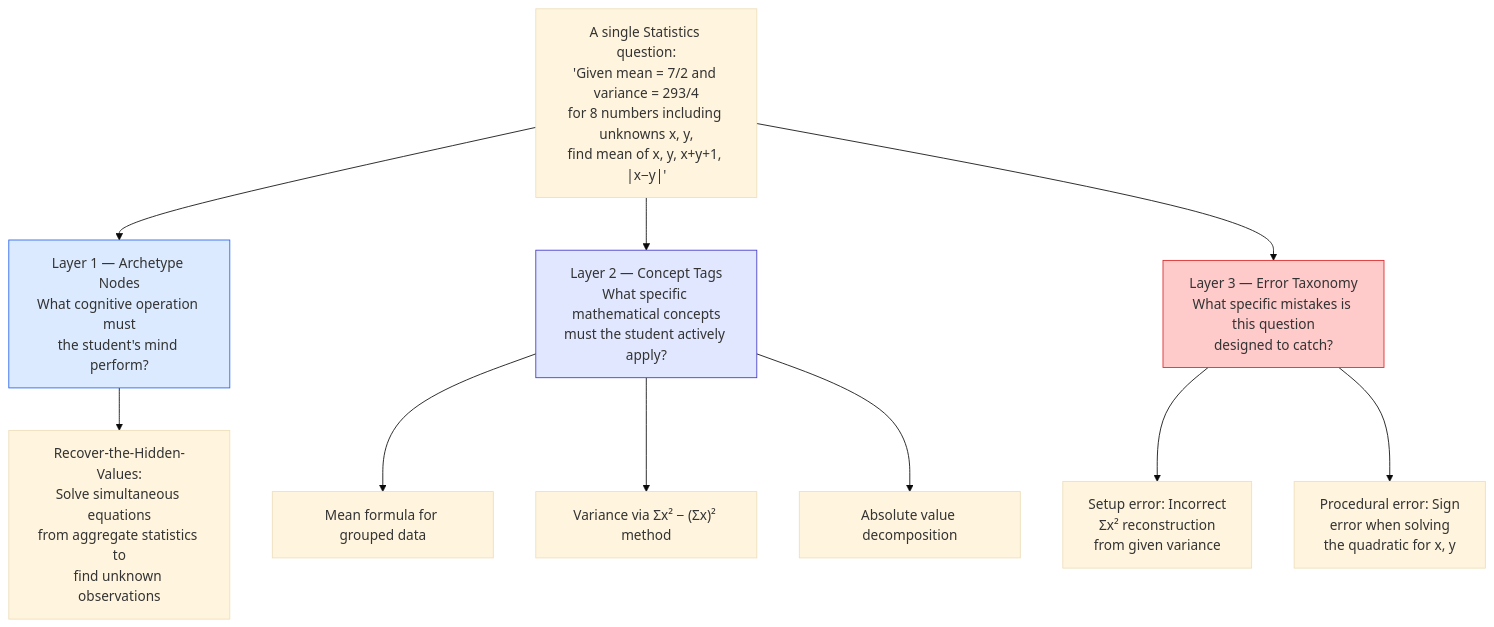
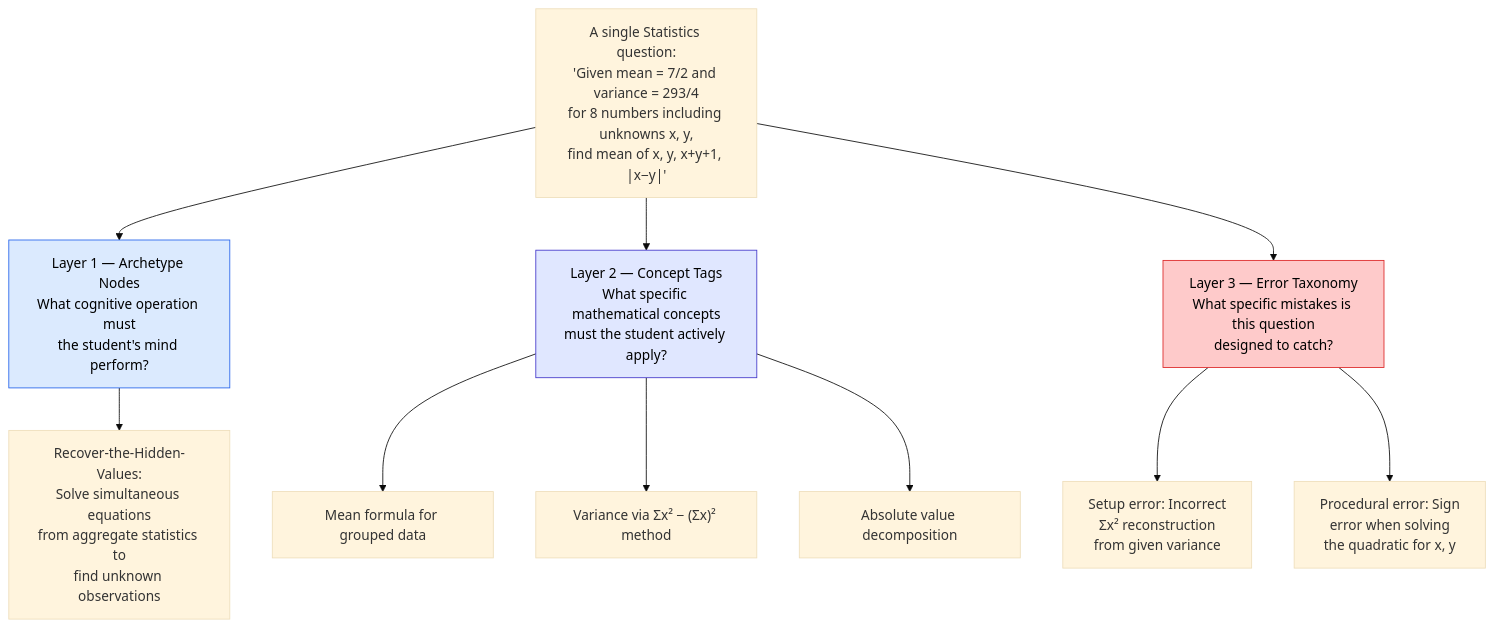
One commit to devangi-08/LECO changed the first of 7 diagrams in CASE_STUDY.md. Above: the diagram before and after it, drawn with Mermaid (base theme). The commit also changed other lines of this file, not shown here.

````diff
--- a/CASE_STUDY.md
+++ b/CASE_STUDY.md
@@ -67,21 +67,21 @@
 ```mermaid
 flowchart TD
     Q["A single Statistics question:\n'Given mean = 7/2 and variance = 293/4\nfor 8 numbers including unknowns x, y,\nfind mean of x, y, x+y+1, |x−y|'"]
 
     Q --> NODES["Layer 1 — Archetype Nodes\nWhat cognitive operation must\nthe student's mind perform?"]
     Q --> CONCEPTS["Layer 2 — Concept Tags\nWhat specific mathematical concepts\nmust the student actively apply?"]
     Q --> ERRORS["Layer 3 — Error Taxonomy\nWhat specific mistakes is this question\ndesigned to catch?"]
 
     NODES --> N1["Recover-the-Hidden-Values:\nSolve simultaneous equations\nfrom aggregate statistics to\nfind unknown observations"]
 
     CONCEPTS --> C1["Mean formula for grouped data"]
     CONCEPTS --> C2["Variance via Σx² − (Σx)² method"]
     CONCEPTS --> C3["Absolute value decomposition"]
 
     ERRORS --> E1["Setup error: Incorrect\nΣx² reconstruction\nfrom given variance"]
     ERRORS --> E2["Procedural error: Sign\nerror when solving\nthe quadratic for x, y"]
 
-    style NODES fill:#dbeafe,stroke:#2563eb
-    style CONCEPTS fill:#e0e7ff,stroke:#4338ca
-    style ERRORS fill:#fecaca,stroke:#dc2626
+    style NODES fill:#dbeafe,stroke:#2563eb,color:#000000
+    style CONCEPTS fill:#e0e7ff,stroke:#4338ca,color:#000000
+    style ERRORS fill:#fecaca,stroke:#dc2626,color:#000000
 ```
````
